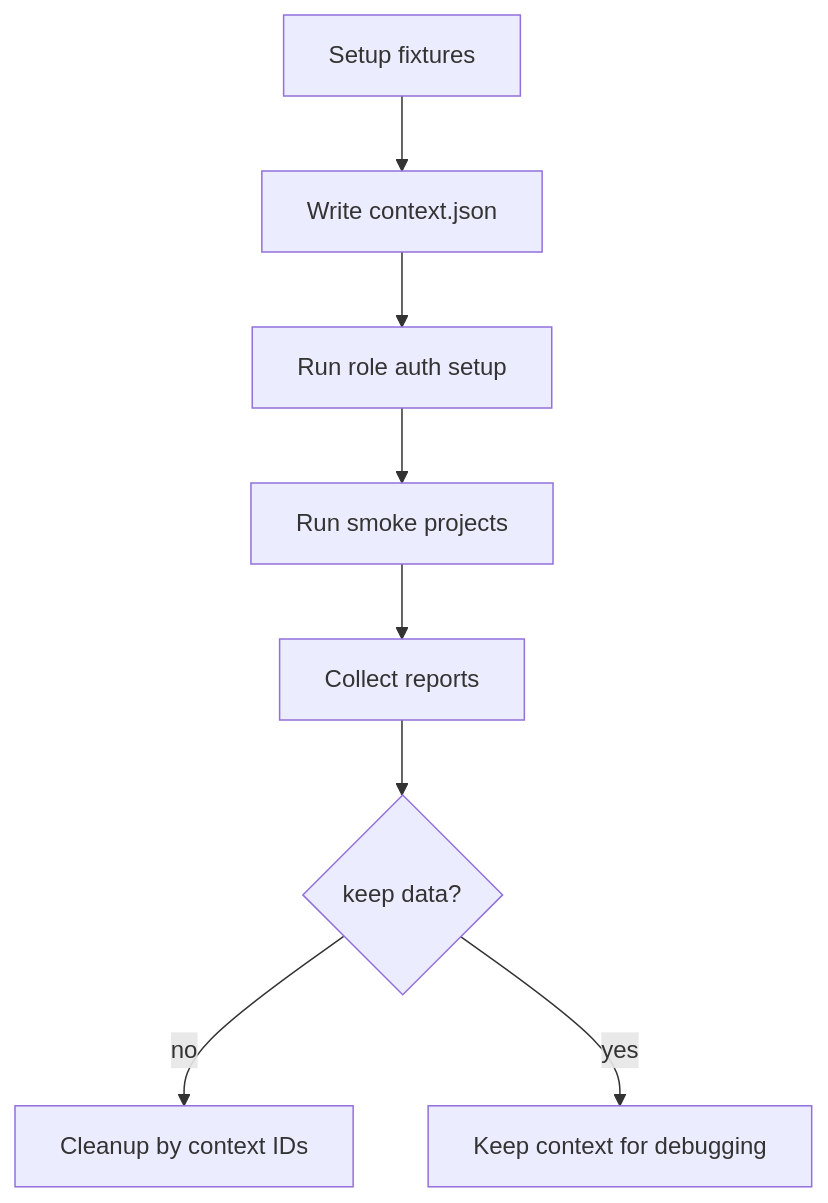
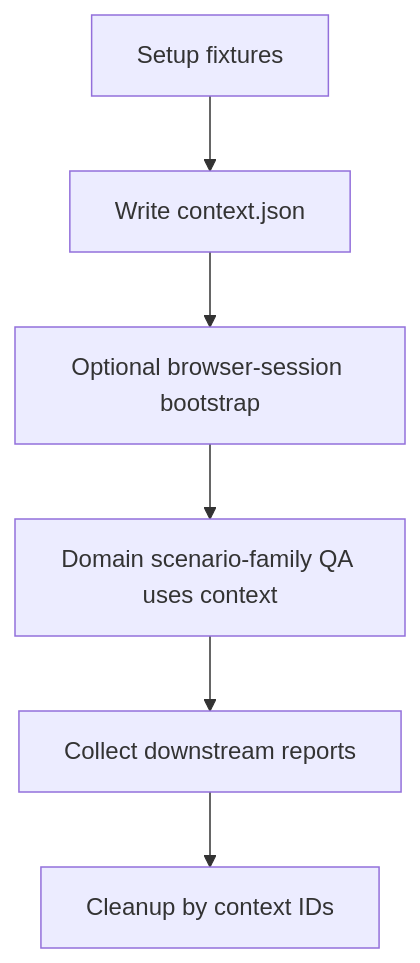
The diagram in docs/automation/architecture/BUSINESS_FLOW_ENGINE.md (helloword214/zmstore-pos), drawn with Mermaid before and after one commit. The commit also changed other lines of this file and 18 other files, not shown here.

Commit message:
test(qa): retire legacy golden-reference and business-flow smoke coverage (#103)

````diff
--- a/docs/automation/architecture/BUSINESS_FLOW_ENGINE.md
+++ b/docs/automation/architecture/BUSINESS_FLOW_ENGINE.md
@@ -29,10 +28,8 @@
 ```mermaid
 flowchart TD
   A["Setup fixtures"] --> B["Write context.json"]
-  B --> C["Run role auth setup"]
-  C --> D["Run smoke projects"]
-  D --> E["Collect reports"]
-  E --> F{"keep data?"}
-  F -- "no" --> G["Cleanup by context IDs"]
-  F -- "yes" --> H["Keep context for debugging"]
+  B --> C["Optional browser-session bootstrap"]
+  C --> D["Domain scenario-family QA uses context"]
+  D --> E["Collect downstream reports"]
+  E --> F["Cleanup by context IDs"]
 ```
````
